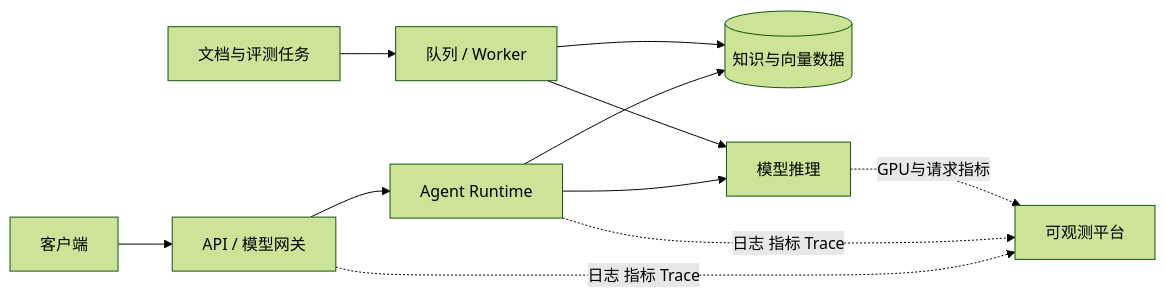
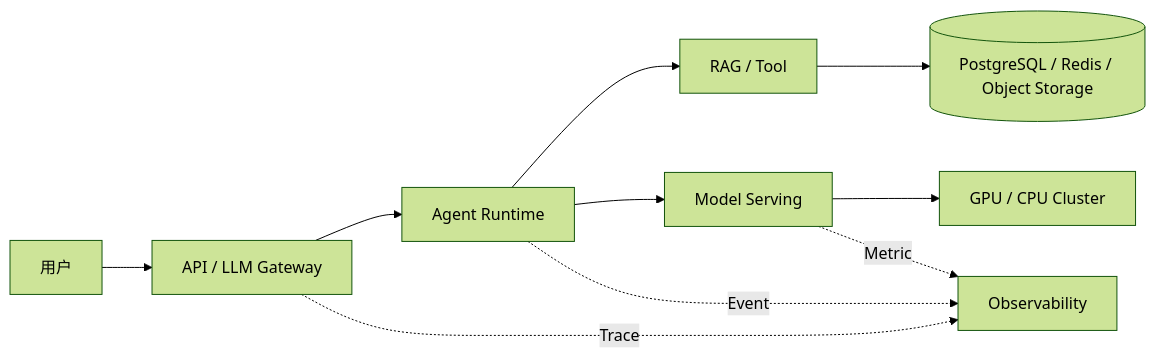
One commit to upJiang/jiang-blog-vitepress changed the diagram in docs/devops/ai-infra-role-map.md. Above: the diagram before and after it, drawn with Mermaid (forest theme). The commit also changed other lines of this file and 425 other files, not shown here.

````diff
--- a/docs/devops/ai-infra-role-map.md
+++ b/docs/devops/ai-infra-role-map.md
@@ -36,13 +33,12 @@
 ```mermaid
 flowchart LR
-  C[客户端] --> G[API / 模型网关]
+  U[用户] --> G[API / LLM Gateway]
   G --> A[Agent Runtime]
-  A --> D[(知识与向量数据)]
-  A --> M[模型推理]
-  I[文档与评测任务] --> Q[队列 / Worker]
-  Q --> D
-  Q --> M
-  G -.日志 指标 Trace.-> O[可观测平台]
-  A -.日志 指标 Trace.-> O
-  M -.GPU与请求指标.-> O
+  A --> R[RAG / Tool]
+  A --> S[Model Serving]
+  S --> C[GPU / CPU Cluster]
+  R --> D[(PostgreSQL / Redis / Object Storage)]
+  G -.Trace.-> O[Observability]
+  A -.Event.-> O
+  S -.Metric.-> O
 ```
````
